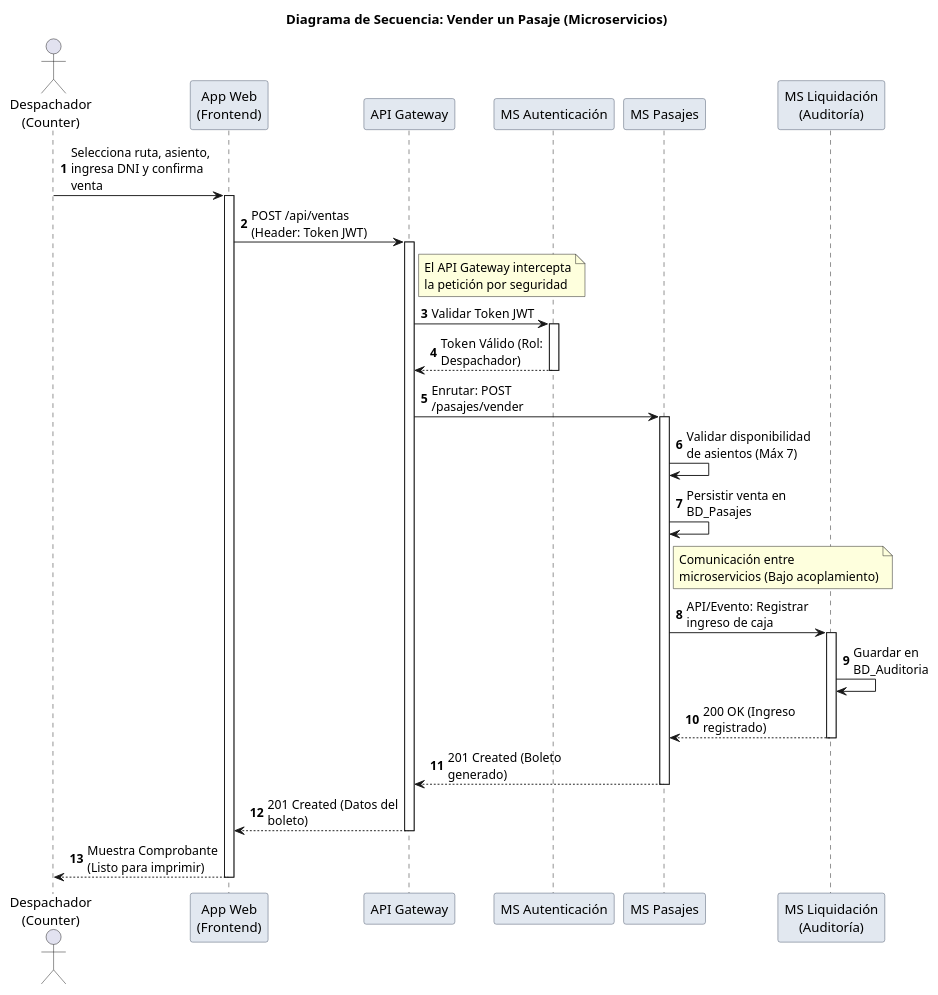
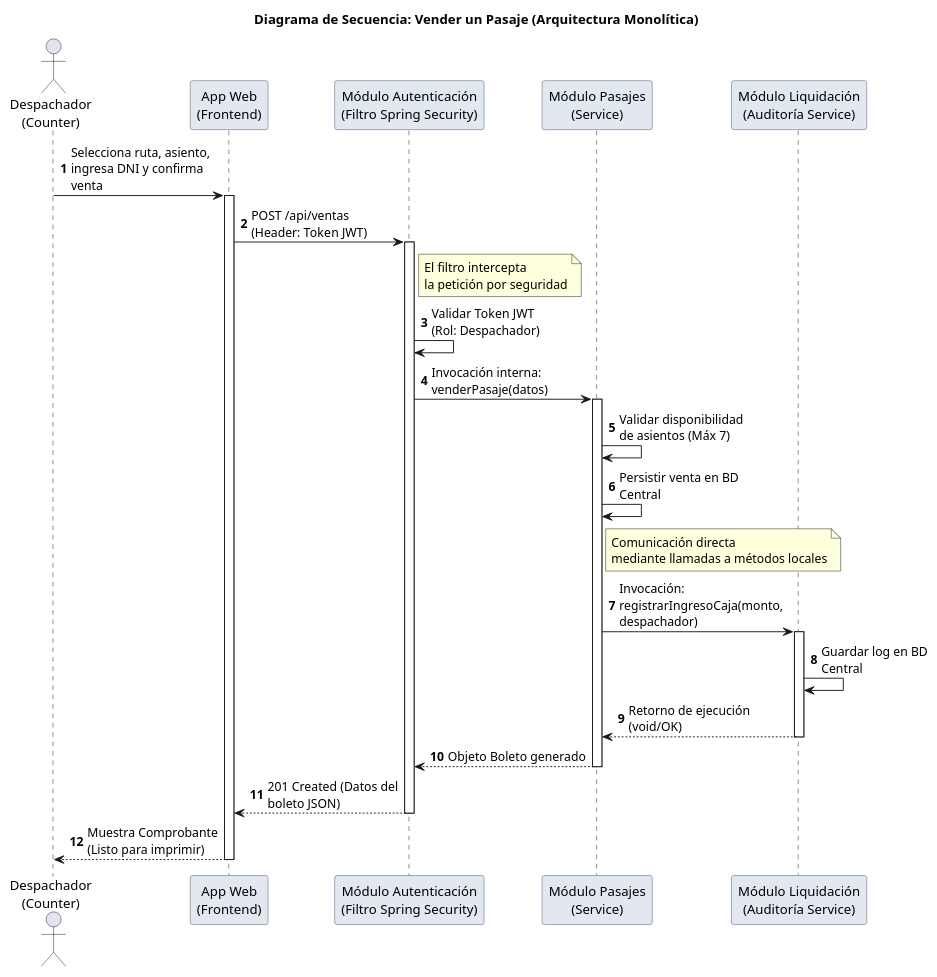
One commit to FloppaFlopita/TRANS_SYNC_DOCS changed the diagram in 2-MODELO_UML/Comportamiento/2-Secuencia/seq_vender_pasaje.puml. Above: the diagram before and after it, drawn with PlantUML. The commit also changed 24 other files, not shown here.

```diff
--- a/2-MODELO_UML/Comportamiento/2-Secuencia/seq_vender_pasaje.puml
+++ b/2-MODELO_UML/Comportamiento/2-Secuencia/seq_vender_pasaje.puml
@@ -1,54 +1,50 @@
 @startuml
 autonumber
 skinparam maxMessageSize 150
 skinparam participant {
     BackgroundColor #e2e8f0
     BorderColor #475569
 }
 
-title Diagrama de Secuencia: Vender un Pasaje (Microservicios)
+title Diagrama de Secuencia: Vender un Pasaje (Arquitectura Monolítica)
 
 actor "Despachador\n(Counter)" as despachador
 participant "App Web\n(Frontend)" as web
-participant "API Gateway" as api
-participant "MS Autenticación" as ms_auth
-participant "MS Pasajes" as ms_pasajes
-participant "MS Liquidación\n(Auditoría)" as ms_auditoria
+participant "Módulo Autenticación\n(Filtro Spring Security)" as mod_auth
+participant "Módulo Pasajes\n(Service)" as mod_pasajes
+participant "Módulo Liquidación\n(Auditoría Service)" as mod_auditoria
 
 despachador -> web : Selecciona ruta, asiento,\ningresa DNI y confirma venta
 activate web
 
-web -> api : POST /api/ventas\n(Header: Token JWT)
-activate api
+web -> mod_auth : POST /api/ventas\n(Header: Token JWT)
+activate mod_auth
 
-note right of api: El API Gateway intercepta\nla petición por seguridad
+note right of mod_auth: El filtro intercepta\nla petición por seguridad
 
-api -> ms_auth : Validar Token JWT
-activate ms_auth
-ms_auth --> api : Token Válido (Rol: Despachador)
-deactivate ms_auth
+mod_auth -> mod_auth : Validar Token JWT\n(Rol: Despachador)
 
-api -> ms_pasajes : Enrutar: POST /pasajes/vender
-activate ms_pasajes
+mod_auth -> mod_pasajes : Invocación interna:\nvenderPasaje(datos)
+activate mod_pasajes
 
-ms_pasajes -> ms_pasajes : Validar disponibilidad\nde asientos (Máx 7)
-ms_pasajes -> ms_pasajes : Persistir venta en BD_Pasajes
+mod_pasajes -> mod_pasajes : Validar disponibilidad\nde asientos (Máx 7)
+mod_pasajes -> mod_pasajes : Persistir venta en BD Central
 
-note right of ms_pasajes: Comunicación entre\nmicroservicios (Bajo acoplamiento)
+note right of mod_pasajes: Comunicación directa\nmediante llamadas a métodos locales
 
-ms_pasajes -> ms_auditoria : API/Evento: Registrar\ningreso de caja
-activate ms_auditoria
-ms_auditoria -> ms_auditoria : Guardar en BD_Auditoria
-ms_auditoria --> ms_pasajes : 200 OK (Ingreso registrado)
-deactivate ms_auditoria
+mod_pasajes -> mod_auditoria : Invocación: registrarIngresoCaja(monto, despachador)
+activate mod_auditoria
+mod_auditoria -> mod_auditoria : Guardar log en BD Central
+mod_auditoria --> mod_pasajes : Retorno de ejecución (void/OK)
+deactivate mod_auditoria
 
-ms_pasajes --> api : 201 Created (Boleto generado)
-deactivate ms_pasajes
+mod_pasajes --> mod_auth : Objeto Boleto generado
+deactivate mod_pasajes
 
-api --> web : 201 Created (Datos del boleto)
-deactivate api
+mod_auth --> web : 201 Created (Datos del boleto JSON)
+deactivate mod_auth
 
 web --> despachador : Muestra Comprobante\n(Listo para imprimir)
 deactivate web
 
 @enduml
```
